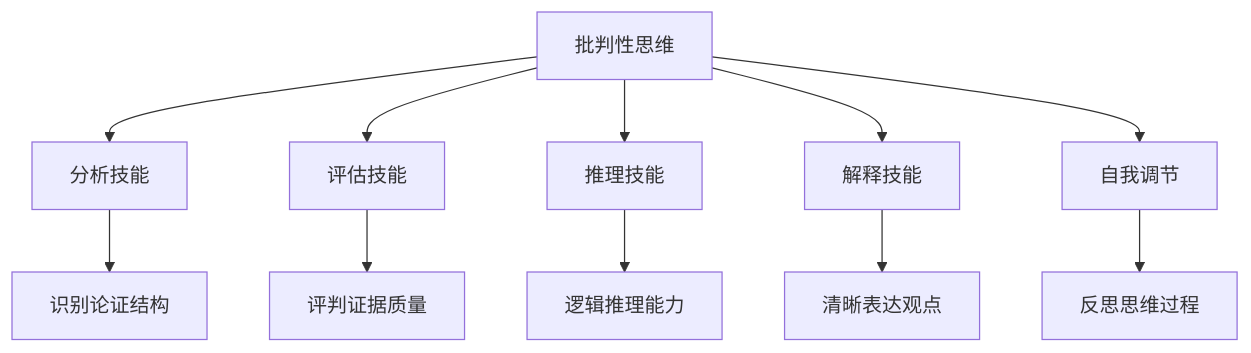
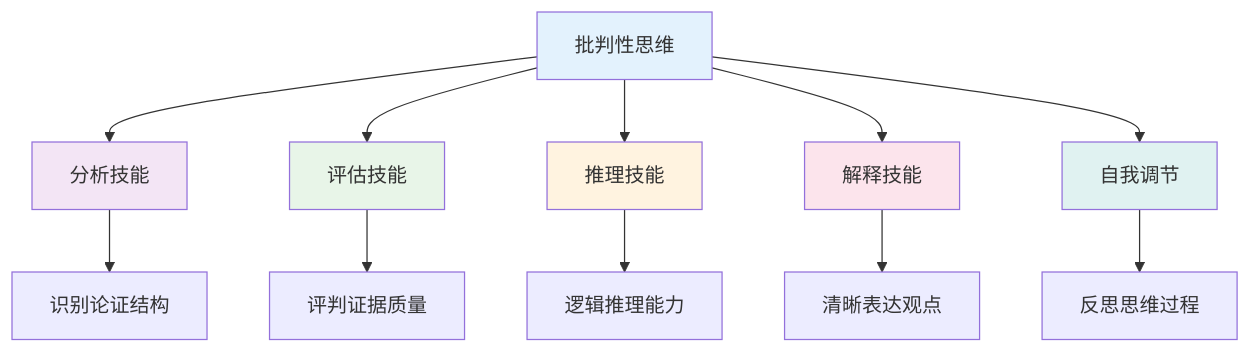
Before and after one commit to AdaMartin18010/SeniorEnducation: the first of 15 diagrams in 01-哲学科学基础/03-逻辑学与批判性思维.md, drawn with Mermaid. The commit also changed other lines of this file and 16 other files, not shown here.

````diff
--- a/01-哲学科学基础/03-逻辑学与批判性思维.md
+++ b/01-哲学科学基础/03-逻辑学与批判性思维.md
@@ -77,14 +69,21 @@
 ```mermaid
 graph TD
     A[批判性思维] --> B[分析技能]
     A --> C[评估技能]
     A --> D[推理技能]
     A --> E[解释技能]
     A --> F[自我调节]
     
     B --> G[识别论证结构]
     C --> H[评判证据质量]
     D --> I[逻辑推理能力]
     E --> J[清晰表达观点]
     F --> K[反思思维过程]
+    
+    style A fill:#e3f2fd
+    style B fill:#f3e5f5
+    style C fill:#e8f5e8
+    style D fill:#fff3e0
+    style E fill:#fce4ec
+    style F fill:#e0f2f1
 ```
````
